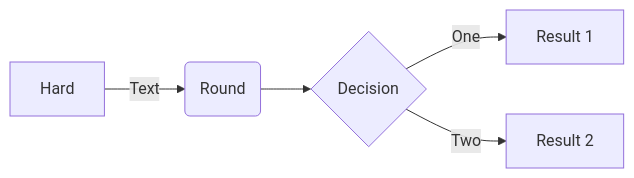
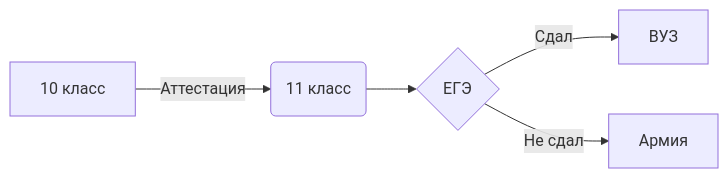
One commit to Napv2900/Napv changed the diagram in README.md. Above: the diagram before and after it, drawn with Mermaid.

````diff
--- a/README.md
+++ b/README.md
@@ -42,7 +42,7 @@
 ```mermaid
 flowchart LR
-A[Hard] -->|Text| B(Round)
-B --> C{Decision}
-C -->|One| D[Result 1]
-C -->|Two| E[Result 2]
+A[10 класс] -->|Аттестация| B(11 класс)
+B --> C{ЕГЭ}
+C -->|Сдал| D[ВУЗ]
+C -->|Не сдал| E[Армия]
 ```
````
